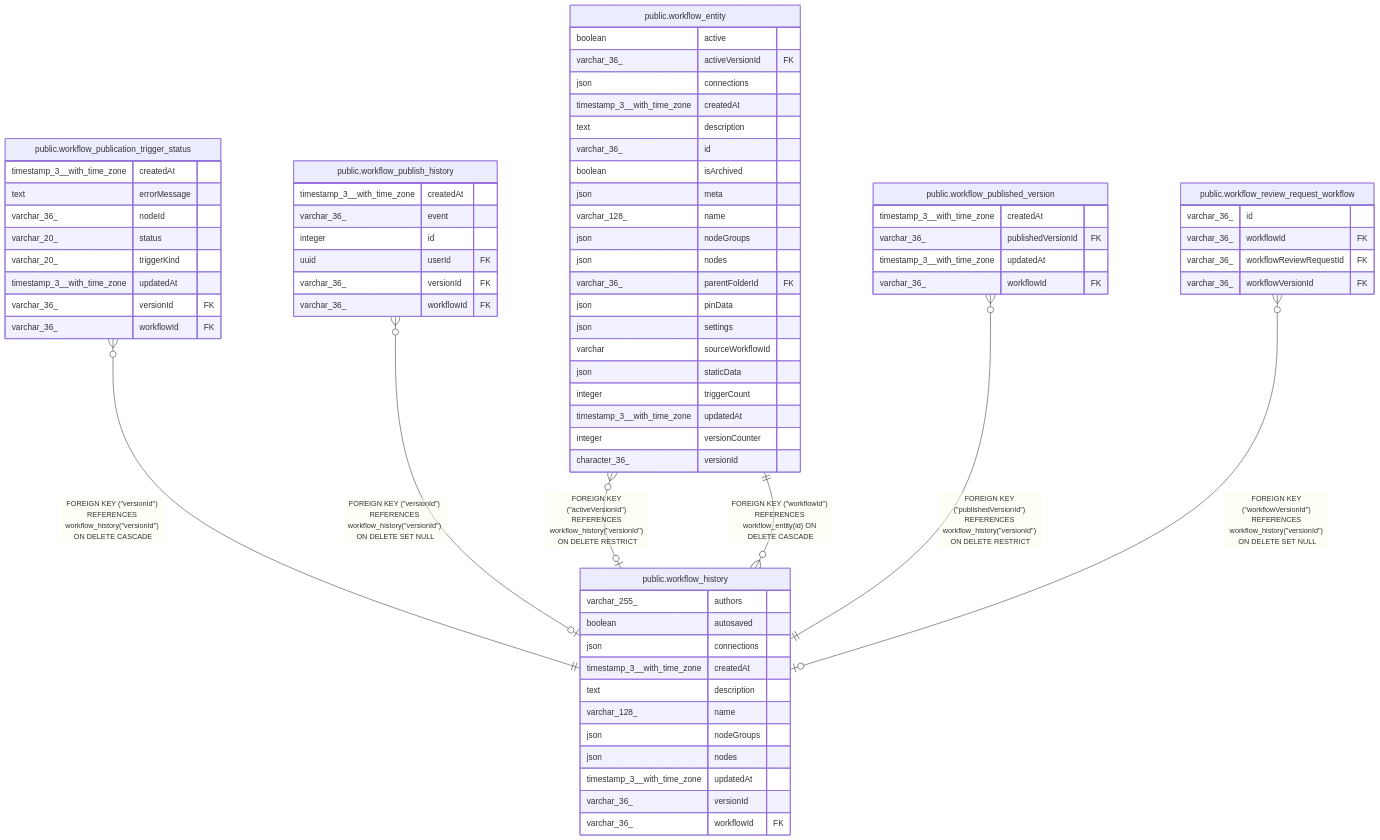
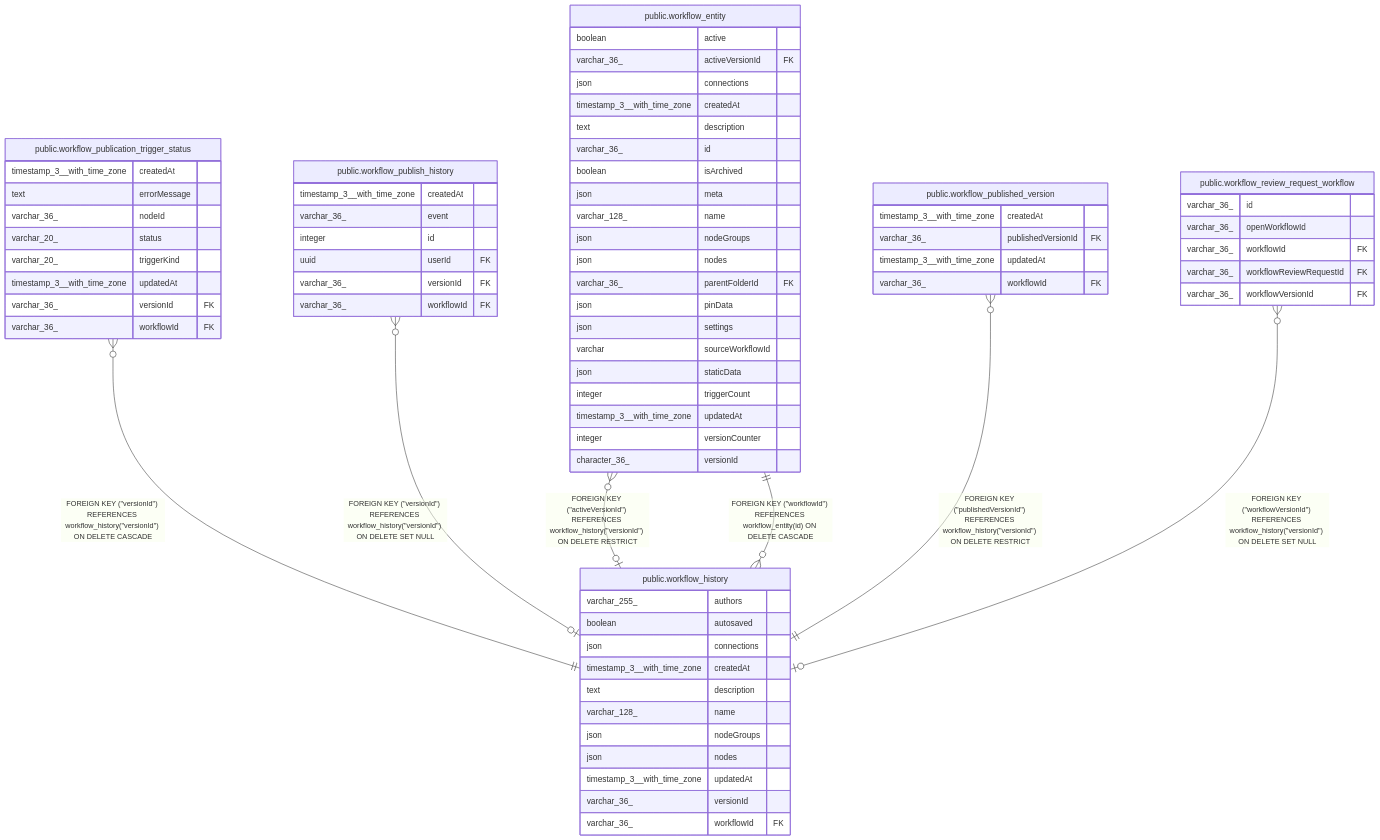
The diagram in docs/generated/postgres-schema/public.workflow_history.md (ggrace519/n8n), drawn with Mermaid before and after one commit. The commit also changed 27 other files, not shown here.

````diff
--- a/docs/generated/postgres-schema/public.workflow_history.md
+++ b/docs/generated/postgres-schema/public.workflow_history.md
@@ -44,76 +44,77 @@
 ```mermaid
 erDiagram
 
 "public.workflow_entity" }o--o| "public.workflow_history" : "FOREIGN KEY (#quot;activeVersionId#quot;) REFERENCES workflow_history(#quot;versionId#quot;) ON DELETE RESTRICT"
 "public.workflow_publication_trigger_status" }o--|| "public.workflow_history" : "FOREIGN KEY (#quot;versionId#quot;) REFERENCES workflow_history(#quot;versionId#quot;) ON DELETE CASCADE"
 "public.workflow_publish_history" }o--o| "public.workflow_history" : "FOREIGN KEY (#quot;versionId#quot;) REFERENCES workflow_history(#quot;versionId#quot;) ON DELETE SET NULL"
 "public.workflow_published_version" }o--|| "public.workflow_history" : "FOREIGN KEY (#quot;publishedVersionId#quot;) REFERENCES workflow_history(#quot;versionId#quot;) ON DELETE RESTRICT"
 "public.workflow_review_request_workflow" }o--o| "public.workflow_history" : "FOREIGN KEY (#quot;workflowVersionId#quot;) REFERENCES workflow_history(#quot;versionId#quot;) ON DELETE SET NULL"
 "public.workflow_history" }o--|| "public.workflow_entity" : "FOREIGN KEY (#quot;workflowId#quot;) REFERENCES workflow_entity(id) ON DELETE CASCADE"
 
 "public.workflow_history" {
   varchar_255_ authors
   boolean autosaved
   json connections
   timestamp_3__with_time_zone createdAt
   text description
   varchar_128_ name
   json nodeGroups
   json nodes
   timestamp_3__with_time_zone updatedAt
   varchar_36_ versionId
   varchar_36_ workflowId FK
 }
 "public.workflow_entity" {
   boolean active
   varchar_36_ activeVersionId FK
   json connections
   timestamp_3__with_time_zone createdAt
   text description
   varchar_36_ id
   boolean isArchived
   json meta
   varchar_128_ name
   json nodeGroups
   json nodes
   varchar_36_ parentFolderId FK
   json pinData
   json settings
   varchar sourceWorkflowId
   json staticData
   integer triggerCount
   timestamp_3__with_time_zone updatedAt
   integer versionCounter
   character_36_ versionId
 }
 "public.workflow_publication_trigger_status" {
   timestamp_3__with_time_zone createdAt
   text errorMessage
   varchar_36_ nodeId
   varchar_20_ status
   varchar_20_ triggerKind
   timestamp_3__with_time_zone updatedAt
   varchar_36_ versionId FK
   varchar_36_ workflowId FK
 }
 "public.workflow_publish_history" {
   timestamp_3__with_time_zone createdAt
   varchar_36_ event
   integer id
   uuid userId FK
   varchar_36_ versionId FK
   varchar_36_ workflowId FK
 }
 "public.workflow_published_version" {
   timestamp_3__with_time_zone createdAt
   varchar_36_ publishedVersionId FK
   timestamp_3__with_time_zone updatedAt
   varchar_36_ workflowId FK
 }
 "public.workflow_review_request_workflow" {
   varchar_36_ id
+  varchar_36_ openWorkflowId
   varchar_36_ workflowId FK
   varchar_36_ workflowReviewRequestId FK
   varchar_36_ workflowVersionId FK
 }
 ```
````
